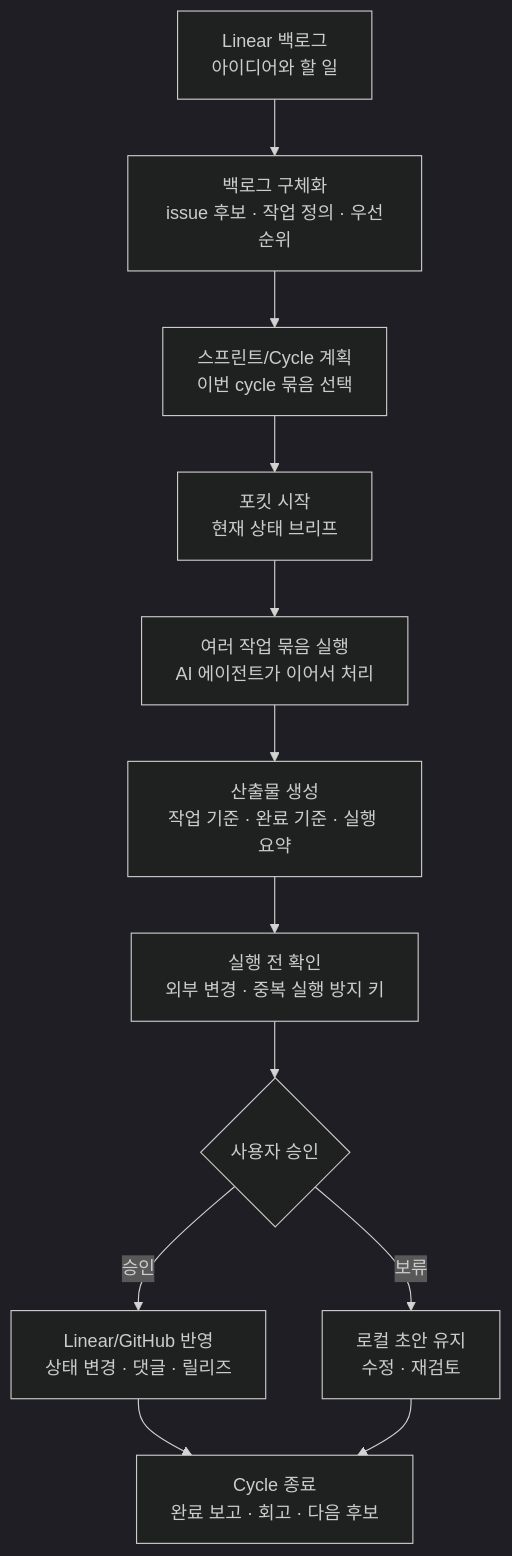
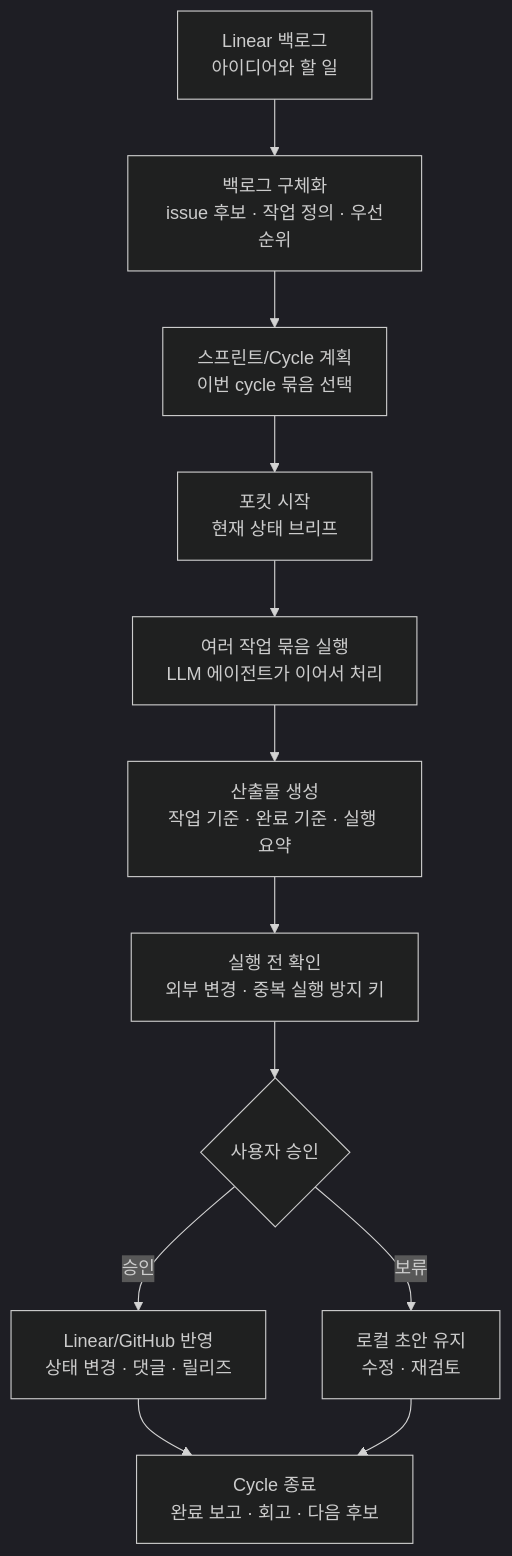
One commit to dongwonlee222/POKit changed the first of 2 diagrams in README.md. Above: the diagram before and after it, drawn with Mermaid (dark theme). The commit also changed other lines of this file, not shown here.

Commit message:
docs: position POKit as LLM scrum workspace

````diff
--- a/README.md
+++ b/README.md
@@ -43,14 +45,14 @@
 ```mermaid
 flowchart TD
   A["Linear 백로그<br/>아이디어와 할 일"] --> B["백로그 구체화<br/>issue 후보 · 작업 정의 · 우선순위"]
   B --> C["스프린트/Cycle 계획<br/>이번 cycle 묶음 선택"]
   C --> D["포킷 시작<br/>현재 상태 브리프"]
-  D --> E["여러 작업 묶음 실행<br/>AI 에이전트가 이어서 처리"]
+  D --> E["여러 작업 묶음 실행<br/>LLM 에이전트가 이어서 처리"]
   E --> F["산출물 생성<br/>작업 기준 · 완료 기준 · 실행 요약"]
   F --> G["실행 전 확인<br/>외부 변경 · 중복 실행 방지 키"]
   G --> H{"사용자 승인"}
   H -->|승인| I["Linear/GitHub 반영<br/>상태 변경 · 댓글 · 릴리즈"]
   H -->|보류| J["로컬 초안 유지<br/>수정 · 재검토"]
   I --> K["Cycle 종료<br/>완료 보고 · 회고 · 다음 후보"]
   J --> K
 ```
````
